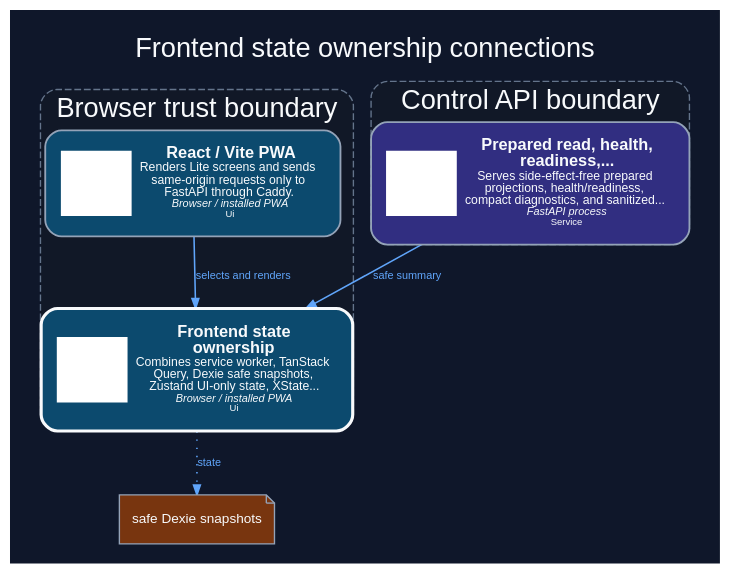
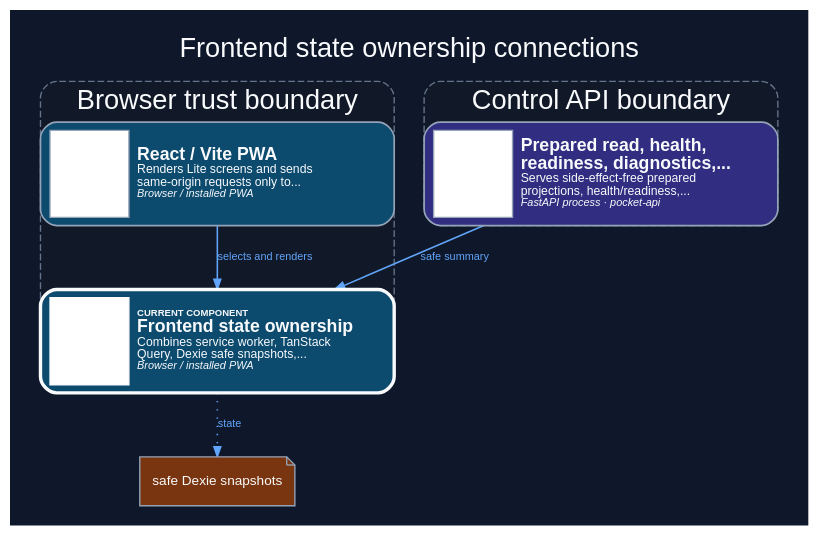
The diagram in docs/assets/diagrams/production/components/frontend-state.dark.dot (dexter-lab-ctrl/pocket-lab-lite), drawn with Graphviz before and after one commit. The commit also changed 353 other files, not shown here.

Commit message:
docs: polish architecture diagrams and stabilize validation (#466)

```diff
--- a/docs/assets/diagrams/production/components/frontend-state.dark.dot
+++ b/docs/assets/diagrams/production/components/frontend-state.dark.dot
@@ -1,58 +1,58 @@
 digraph component_frontend_state {
   graph [
     rankdir="TB",
     splines="spline",
     compound="true",
     newrank="true",
     nodesep="0.30",
     ranksep="0.52",
     ratio="compress",
     pad="0.20",
     margin="0",
     outputorder="edgesfirst",
     bgcolor="#0f172a",
     fontcolor="#f8fafc",
     fontname="Arial",
     label="Frontend state ownership connections",
     labelloc="t",
     fontsize="20"
   ];
   node [
     fontname="Arial",
     fontsize="10",
     color="#94a3b8",
     fontcolor="#f8fafc",
     margin="0.12,0.08"
   ];
   edge [
     fontname="Arial",
     fontsize="8",
     color="#94a3b8",
     fontcolor="#cbd5e1",
     arrowsize="0.72",
     penwidth="1.15"
   ];
   subgraph "cluster_browser" {
     label="Browser trust boundary";
     style="rounded,dashed,filled";
     color="#64748b";
     fillcolor="#111827";
     fontcolor="#f8fafc";
     penwidth="1.0";
-    "frontend-state" [label=<<TABLE BORDER="0" CELLBORDER="0" CELLPADDING="4"><TR><TD FIXEDSIZE="TRUE" WIDTH="52" HEIGHT="48" BGCOLOR="#FFFFFF"> </TD><TD ALIGN="LEFT"><FONT POINT-SIZE="12"><B>Frontend state<BR/>ownership</B></FONT><BR/><FONT POINT-SIZE="9">Combines service worker, TanStack<BR/>Query, Dexie safe snapshots,<BR/>Zustand UI-only state, XState...</FONT><BR/><FONT POINT-SIZE="8"><I>Browser / installed PWA</I></FONT><BR/><FONT POINT-SIZE="7.5">Ui</FONT></TD></TR></TABLE>>, shape="box", style="rounded,filled,bold", fillcolor="#0c4a6e", color="#f8fafc", fontcolor="#f8fafc", penwidth="2.3", tooltip="Frontend state ownership. Combines service worker, TanStack Query, Dexie safe snapshots, Zustand UI-only state, XState guided flows, API client, error boundaries, and generated fixtures without owning backend truth.", URL="../../../../generated/production/architecture/components/frontend-state/", target="_top"];
-    "pwa" [label=<<TABLE BORDER="0" CELLBORDER="0" CELLPADDING="4"><TR><TD FIXEDSIZE="TRUE" WIDTH="52" HEIGHT="48" BGCOLOR="#FFFFFF"> </TD><TD ALIGN="LEFT"><FONT POINT-SIZE="12"><B>React / Vite PWA</B></FONT><BR/><FONT POINT-SIZE="9">Renders Lite screens and sends<BR/>same-origin requests only to<BR/>FastAPI through Caddy.</FONT><BR/><FONT POINT-SIZE="8"><I>Browser / installed PWA</I></FONT><BR/><FONT POINT-SIZE="7.5">Ui</FONT></TD></TR></TABLE>>, shape="box", style="rounded,filled", fillcolor="#0c4a6e", color="#94a3b8", fontcolor="#f8fafc", penwidth="1.35", tooltip="React / Vite PWA. Renders Lite screens and sends same-origin requests only to FastAPI through Caddy.", URL="../../../../generated/production/architecture/components/pwa/", target="_top"];
+    "frontend-state" [label=<<TABLE BORDER="0" CELLBORDER="0" CELLSPACING="0" CELLPADDING="6"><TR><TD FIXEDSIZE="TRUE" WIDTH="58" HEIGHT="64" ALIGN="CENTER" VALIGN="MIDDLE" BORDER="1" BGCOLOR="#FFFFFF" HREF="#PLICON__frontend-state" TITLE="Architecture icon anchor"><FONT POINT-SIZE="1">&#160;</FONT></TD><TD WIDTH="188" ALIGN="LEFT" BALIGN="LEFT" VALIGN="MIDDLE"><FONT POINT-SIZE="7"><B>CURRENT COMPONENT</B></FONT><BR/><FONT POINT-SIZE="13"><B>Frontend state ownership</B></FONT><BR/><FONT POINT-SIZE="9">Combines service worker, TanStack<BR/>Query, Dexie safe snapshots,...</FONT><BR/><FONT POINT-SIZE="8"><I>Browser / installed PWA</I></FONT></TD></TR></TABLE>>, shape="box", style="rounded,filled,bold", fillcolor="#0c4a6e", color="#f8fafc", fontcolor="#f8fafc", penwidth="2.5", tooltip="Frontend state ownership. Combines service worker, TanStack Query, Dexie safe snapshots, Zustand UI-only state, XState guided flows, API client, error boundaries, and generated fixtures without owning backend truth.", URL="../../../../generated/production/architecture/components/frontend-state/", target="_top", margin="0.10,0.08"];
+    "pwa" [label=<<TABLE BORDER="0" CELLBORDER="0" CELLSPACING="0" CELLPADDING="6"><TR><TD FIXEDSIZE="TRUE" WIDTH="58" HEIGHT="64" ALIGN="CENTER" VALIGN="MIDDLE" BORDER="1" BGCOLOR="#FFFFFF" HREF="#PLICON__pwa" TITLE="Architecture icon anchor"><FONT POINT-SIZE="1">&#160;</FONT></TD><TD WIDTH="188" ALIGN="LEFT" BALIGN="LEFT" VALIGN="MIDDLE"><FONT POINT-SIZE="13"><B>React / Vite PWA</B></FONT><BR/><FONT POINT-SIZE="9">Renders Lite screens and sends<BR/>same-origin requests only to...</FONT><BR/><FONT POINT-SIZE="8"><I>Browser / installed PWA</I></FONT></TD></TR></TABLE>>, shape="box", style="rounded,filled", fillcolor="#0c4a6e", color="#94a3b8", fontcolor="#f8fafc", penwidth="1.25", tooltip="React / Vite PWA. Renders Lite screens and sends same-origin requests only to FastAPI through Caddy.", URL="../../../../generated/production/architecture/components/pwa/", target="_top", margin="0.10,0.08"];
   }
   subgraph "cluster_control-api" {
     label="Control API boundary";
     style="rounded,dashed,filled";
     color="#64748b";
     fillcolor="#111827";
     fontcolor="#f8fafc";
     penwidth="1.0";
-    "api-read-surfaces" [label=<<TABLE BORDER="0" CELLBORDER="0" CELLPADDING="4"><TR><TD FIXEDSIZE="TRUE" WIDTH="52" HEIGHT="48" BGCOLOR="#FFFFFF"> </TD><TD ALIGN="LEFT"><FONT POINT-SIZE="12"><B>Prepared read, health,<BR/>readiness,...</B></FONT><BR/><FONT POINT-SIZE="9">Serves side-effect-free prepared<BR/>projections, health/readiness,<BR/>compact diagnostics, and sanitized...</FONT><BR/><FONT POINT-SIZE="8"><I>FastAPI process</I></FONT><BR/><FONT POINT-SIZE="7.5">Service</FONT></TD></TR></TABLE>>, shape="box", style="rounded,filled", fillcolor="#312e81", color="#94a3b8", fontcolor="#f8fafc", penwidth="1.35", tooltip="Prepared read, health, readiness, diagnostics, and evidence APIs. Serves side-effect-free prepared projections, health/readiness, compact diagnostics, and sanitized evidence lookups.", URL="../../../../generated/production/architecture/components/api-read-surfaces/", target="_top"];
+    "api-read-surfaces" [label=<<TABLE BORDER="0" CELLBORDER="0" CELLSPACING="0" CELLPADDING="6"><TR><TD FIXEDSIZE="TRUE" WIDTH="58" HEIGHT="64" ALIGN="CENTER" VALIGN="MIDDLE" BORDER="1" BGCOLOR="#FFFFFF" HREF="#PLICON__api-read-surfaces" TITLE="Architecture icon anchor"><FONT POINT-SIZE="1">&#160;</FONT></TD><TD WIDTH="188" ALIGN="LEFT" BALIGN="LEFT" VALIGN="MIDDLE"><FONT POINT-SIZE="13"><B>Prepared read, health,<BR/>readiness, diagnostics,...</B></FONT><BR/><FONT POINT-SIZE="9">Serves side-effect-free prepared<BR/>projections, health/readiness,...</FONT><BR/><FONT POINT-SIZE="8"><I>FastAPI process · pocket-api</I></FONT></TD></TR></TABLE>>, shape="box", style="rounded,filled", fillcolor="#312e81", color="#94a3b8", fontcolor="#f8fafc", penwidth="1.25", tooltip="Prepared read, health, readiness, diagnostics, and evidence APIs. Serves side-effect-free prepared projections, health/readiness, compact diagnostics, and sanitized evidence lookups.", URL="../../../../generated/production/architecture/components/api-read-surfaces/", target="_top", margin="0.10,0.08"];
   }
   "pwa" -> "frontend-state" [label="selects and renders", tooltip="selects and renders (React)", style="solid", arrowhead="normal", color="#60a5fa", fontcolor="#60a5fa", penwidth="1.15", arrowsize="0.72"];
   "api-read-surfaces" -> "frontend-state" [label="safe summary", tooltip="safe summary (HTTPS)", style="solid", arrowhead="normal", color="#60a5fa", fontcolor="#60a5fa", penwidth="1.15", arrowsize="0.72"];
   "state_dependency_0" [label="safe Dexie snapshots", shape="note", style="filled", fillcolor="#78350f", color="#94a3b8", fontcolor="#f8fafc", tooltip="Durable-state dependency"];
   "frontend-state" -> "state_dependency_0" [label="state", style="dotted", color="#60a5fa", fontcolor="#60a5fa"];
 }
```
